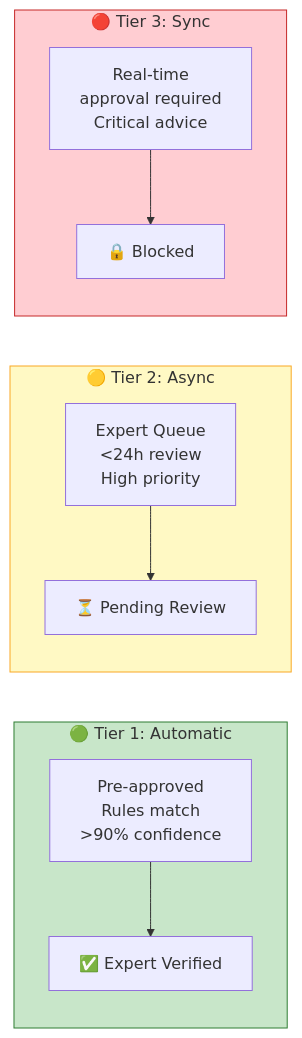
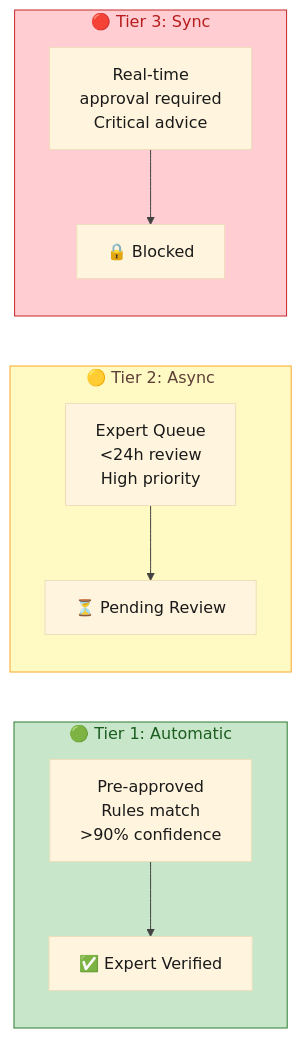
Before and after one commit to Px8Studio/yonja: diagram 18 of 19 in docs/zekalab/03-ARCHITECTURE.md, drawn with Mermaid. The commit also changed other lines of this file and 2 other files, not shown here.

Commit message:
Refine styling in architecture diagrams for improved clarity and consistency

````diff
--- a/docs/zekalab/03-ARCHITECTURE.md
+++ b/docs/zekalab/03-ARCHITECTURE.md
@@ -767,25 +781,26 @@
 ```mermaid
+%%{init: {'theme': 'base', 'themeVariables': { 'primaryTextColor': '#1a1a1a', 'lineColor': '#424242'}}}%%
 flowchart LR
     subgraph tier1["🟢 Tier 1: Automatic"]
         auto["Pre-approved<br/>Rules match<br/>>90% confidence"]
         badge1["✅ Expert Verified"]
     end
     
     subgraph tier2["🟡 Tier 2: Async"]
         queue["Expert Queue<br/><24h review<br/>High priority"]
         badge2["⏳ Pending Review"]
     end
     
     subgraph tier3["🔴 Tier 3: Sync"]
         block["Real-time<br/>approval required<br/>Critical advice"]
         badge3["🔒 Blocked"]
     end
     
     auto --> badge1
     queue --> badge2
     block --> badge3
     
-    style tier1 fill:#c8e6c9,stroke:#2e7d32
-    style tier2 fill:#fff9c4,stroke:#f9a825
-    style tier3 fill:#ffcdd2,stroke:#c62828
+    style tier1 fill:#c8e6c9,stroke:#2e7d32,color:#1b5e20
+    style tier2 fill:#fff9c4,stroke:#f9a825,color:#5d4037
+    style tier3 fill:#ffcdd2,stroke:#c62828,color:#b71c1c
 ```
````
